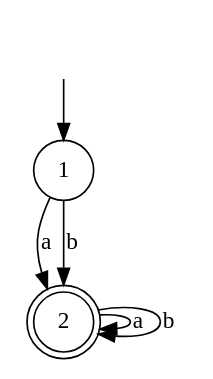
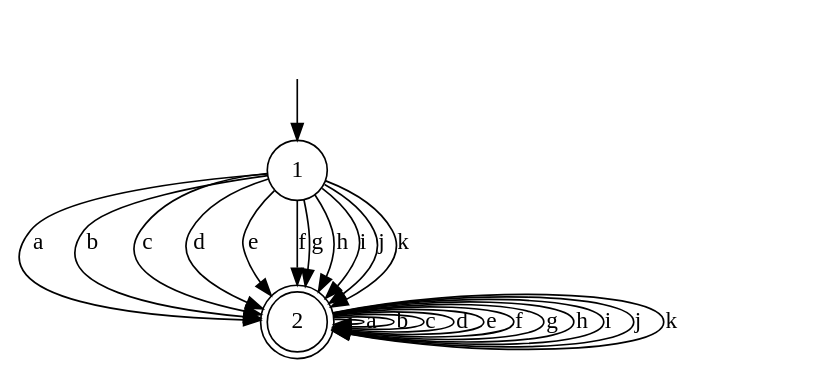
Before and after one commit to ihewro/qt-lexical-analyzer: the diagram in dots/mindfa.dot, drawn with Graphviz. The commit also changed 6 other files, not shown here.

```diff
--- a/dots/mindfa.dot
+++ b/dots/mindfa.dot
@@ -1,11 +1,29 @@
 digraph G{
     ""[shape=none]
     "1"[shape=circle]
     "2"[shape=doublecircle]
 
     ""->"1"
     "1" -> "2"[label="a"]
     "1" -> "2"[label="b"]
+    "1" -> "2"[label="c"]
+    "1" -> "2"[label="d"]
+    "1" -> "2"[label="e"]
+    "1" -> "2"[label="f"]
+    "1" -> "2"[label="g"]
+    "1" -> "2"[label="h"]
+    "1" -> "2"[label="i"]
+    "1" -> "2"[label="j"]
+    "1" -> "2"[label="k"]
     "2" -> "2"[label="a"]
     "2" -> "2"[label="b"]
+    "2" -> "2"[label="c"]
+    "2" -> "2"[label="d"]
+    "2" -> "2"[label="e"]
+    "2" -> "2"[label="f"]
+    "2" -> "2"[label="g"]
+    "2" -> "2"[label="h"]
+    "2" -> "2"[label="i"]
+    "2" -> "2"[label="j"]
+    "2" -> "2"[label="k"]
 }
```
